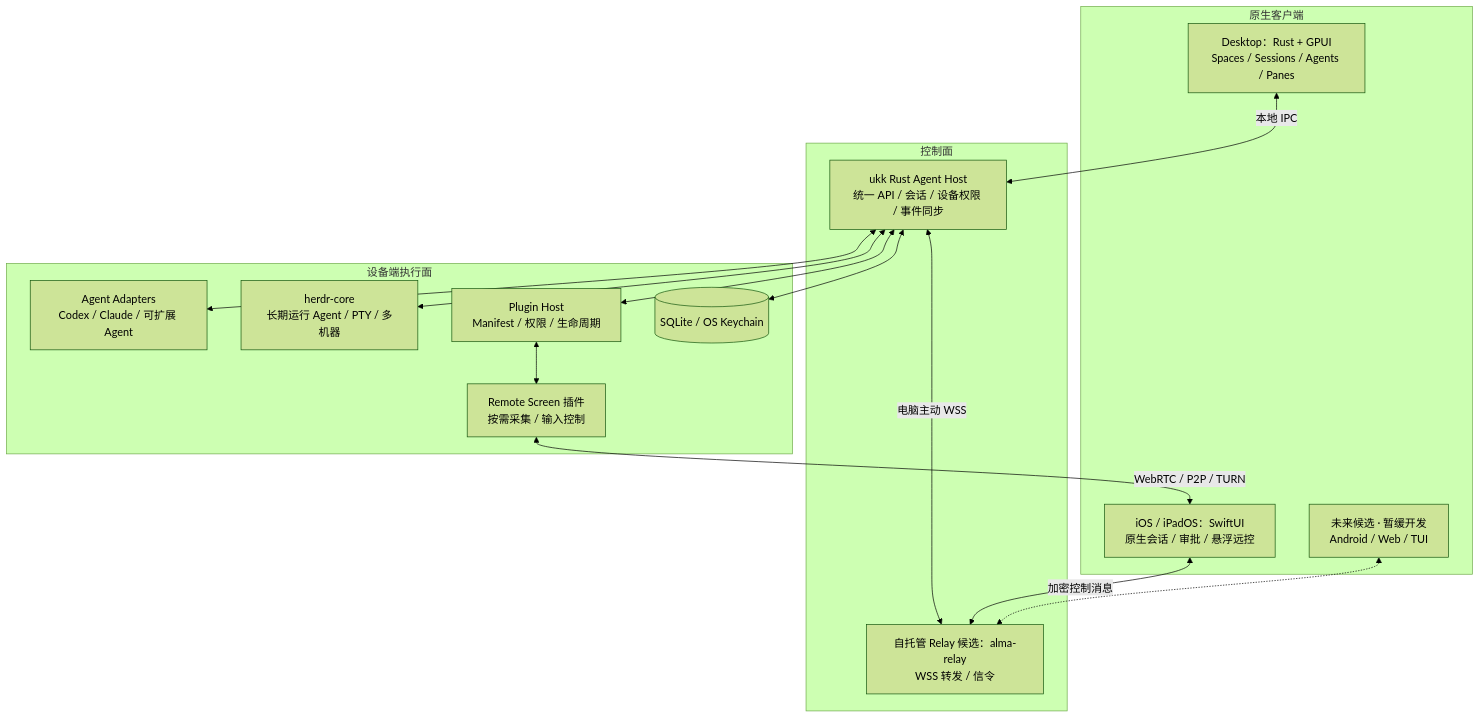
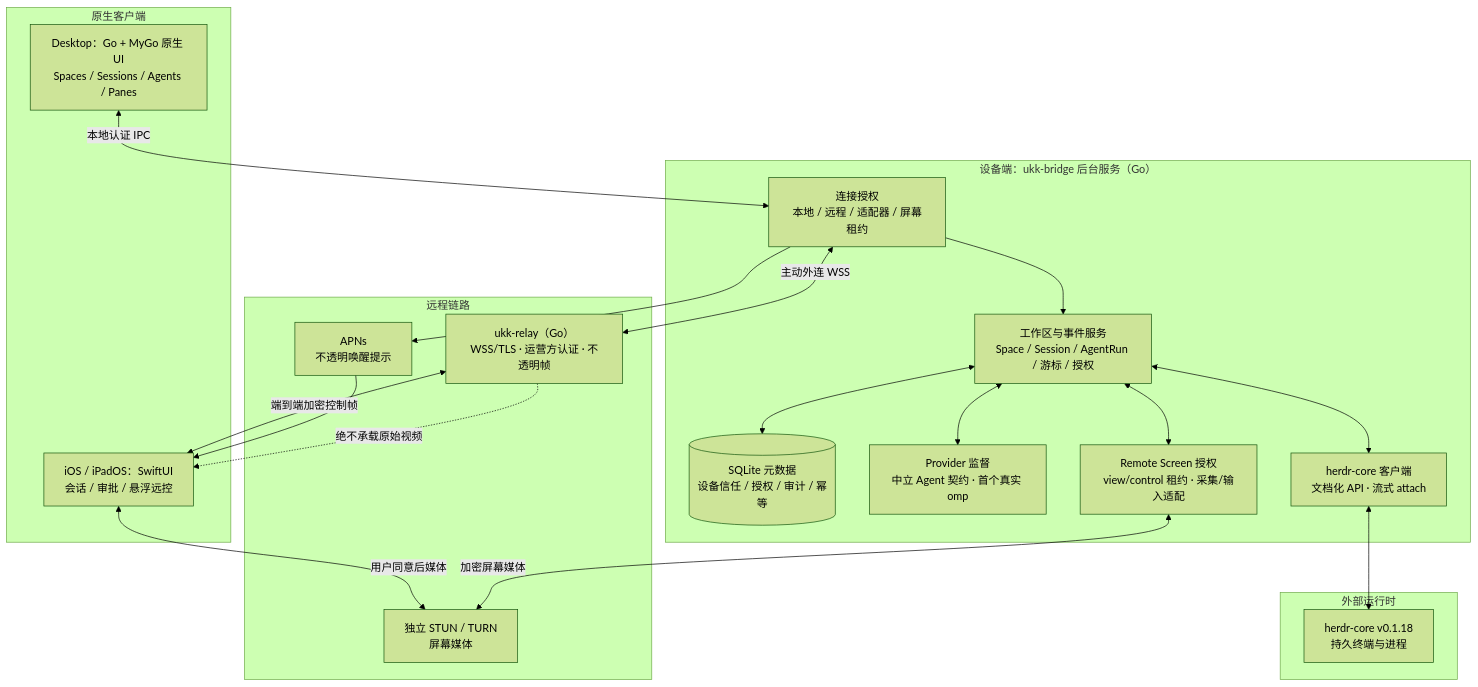
The first of 2 diagrams in docs/overview.zh-CN.md (suj1e/ukk), drawn with Mermaid (forest theme) before and after one commit. The commit also changed other lines of this file and 424 other files, not shown here.

First line of the commit message:
feat: reset to native Go/MyGo desktop with bridge, relay and core UI

````diff
--- a/docs/overview.zh-CN.md
+++ b/docs/overview.zh-CN.md
@@ -27,29 +34,37 @@
 ```mermaid
 flowchart TB
-  subgraph Front["原生客户端"]
-    D["Desktop：Rust + GPUI<br/>Spaces / Sessions / Agents / Panes"]
-    M["iOS / iPadOS：SwiftUI<br/>原生会话 / 审批 / 悬浮远控"]
-    F["未来候选 · 暂缓开发<br/>Android / Web / TUI"]
+  subgraph Clients["原生客户端"]
+    D["Desktop：Go + MyGo 原生 UI<br/>Spaces / Sessions / Agents / Panes"]
+    I["iOS / iPadOS：SwiftUI<br/>会话 / 审批 / 悬浮远控"]
   end
-  subgraph Control["控制面"]
-    R["自托管 Relay 候选：alma-relay<br/>WSS 转发 / 信令"]
-    H["ukk Rust Agent Host<br/>统一 API / 会话 / 设备权限 / 事件同步"]
+  subgraph Local["设备端：ukk-bridge 后台服务（Go）"]
+    AUTH["连接授权<br/>本地 / 远程 / 适配器 / 屏幕租约"]
+    MODEL["工作区与事件服务<br/>Space / Session / AgentRun / 游标 / 授权"]
+    DB[("SQLite 元数据<br/>设备信任 / 授权 / 审计 / 幂等")]
+    PROV["Provider 监督<br/>中立 Agent 契约 · 首个真实 omp"]
+    HC["herdr-core 客户端<br/>文档化 API · 流式 attach"]
+    SCR["Remote Screen 授权<br/>view/control 租约 · 采集/输入适配"]
+    AUTH --> MODEL
+    MODEL <--> DB
+    MODEL <--> PROV
+    MODEL <--> HC
+    MODEL <--> SCR
   end
-  subgraph Runtime["设备端执行面"]
-    A["Agent Adapters<br/>Codex / Claude / 可扩展 Agent"]
-    HC["herdr-core<br/>长期运行 Agent / PTY / 多机器"]
-    P["Plugin Host<br/>Manifest / 权限 / 生命周期"]
-    S["Remote Screen 插件<br/>按需采集 / 输入控制"]
-    DB[("SQLite / OS Keychain")]
-    H <--> A
-    H <--> HC
-    H <--> P
-    P <--> S
-    H <--> DB
+  subgraph Runtime["外部运行时"]
+    CORE["herdr-core v0.1.18<br/>持久终端与进程"]
   end
-  D <-->|本地 IPC| H
-  M <-->|加密控制消息| R
-  F <-.-> R
-  R <-->|电脑主动 WSS| H
-  S <-->|WebRTC / P2P / TURN| M
+  subgraph Network["远程链路"]
+    REL["ukk-relay（Go）<br/>WSS/TLS · 运营方认证 · 不透明帧"]
+    MEDIA["独立 STUN / TURN<br/>屏幕媒体"]
+    PUSH["APNs<br/>不透明唤醒提示"]
+  end
+  D <-->|本地认证 IPC| AUTH
+  I <-->|端到端加密控制帧| REL
+  AUTH <-->|主动外连 WSS| REL
+  REL -.->|绝不承载原始视频| I
+  SCR <-->|加密屏幕媒体| MEDIA
+  I <-->|用户同意后媒体| MEDIA
+  HC <--> CORE
+  AUTH --> PUSH
+  PUSH --> I
 ```
````
